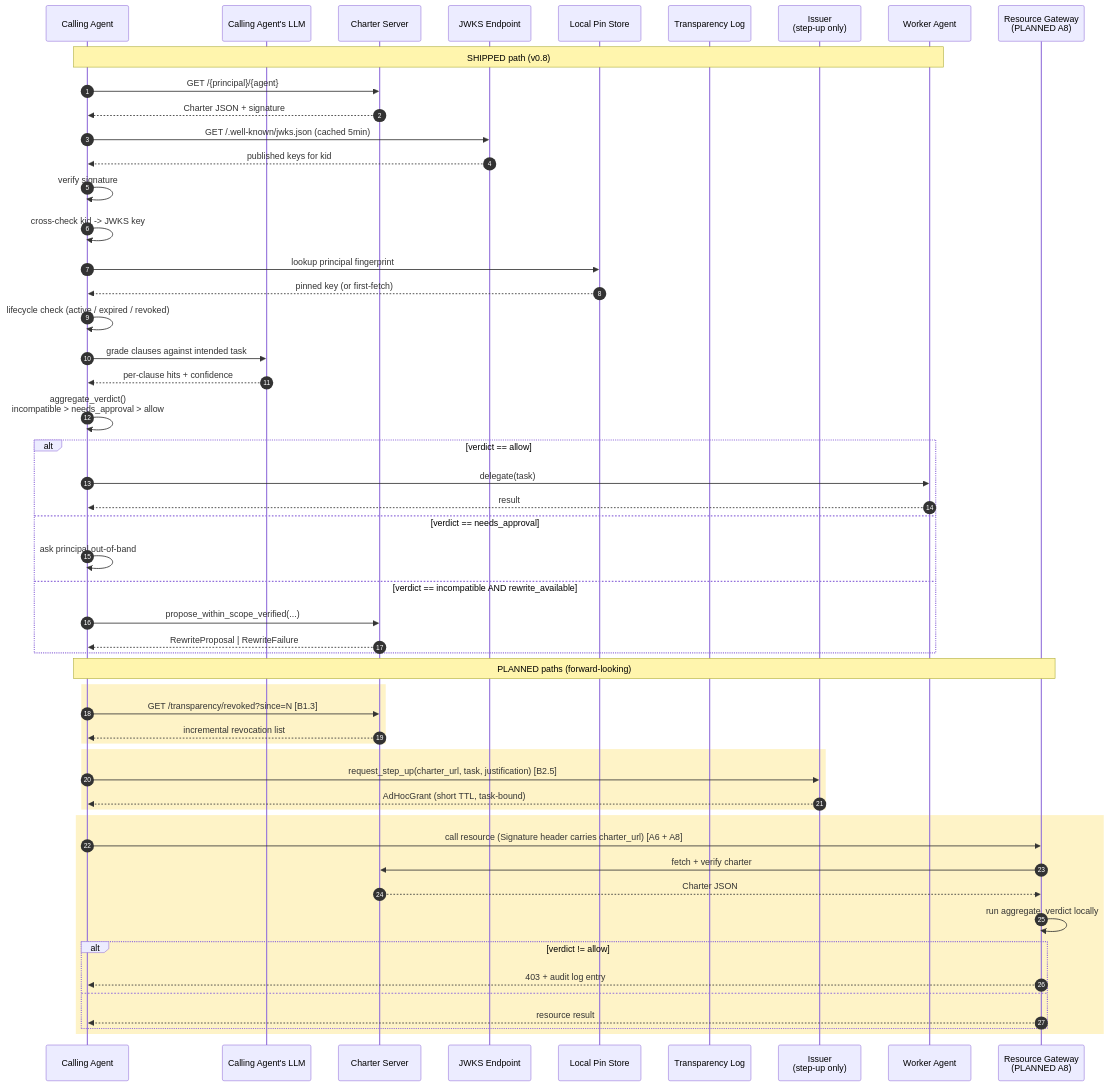
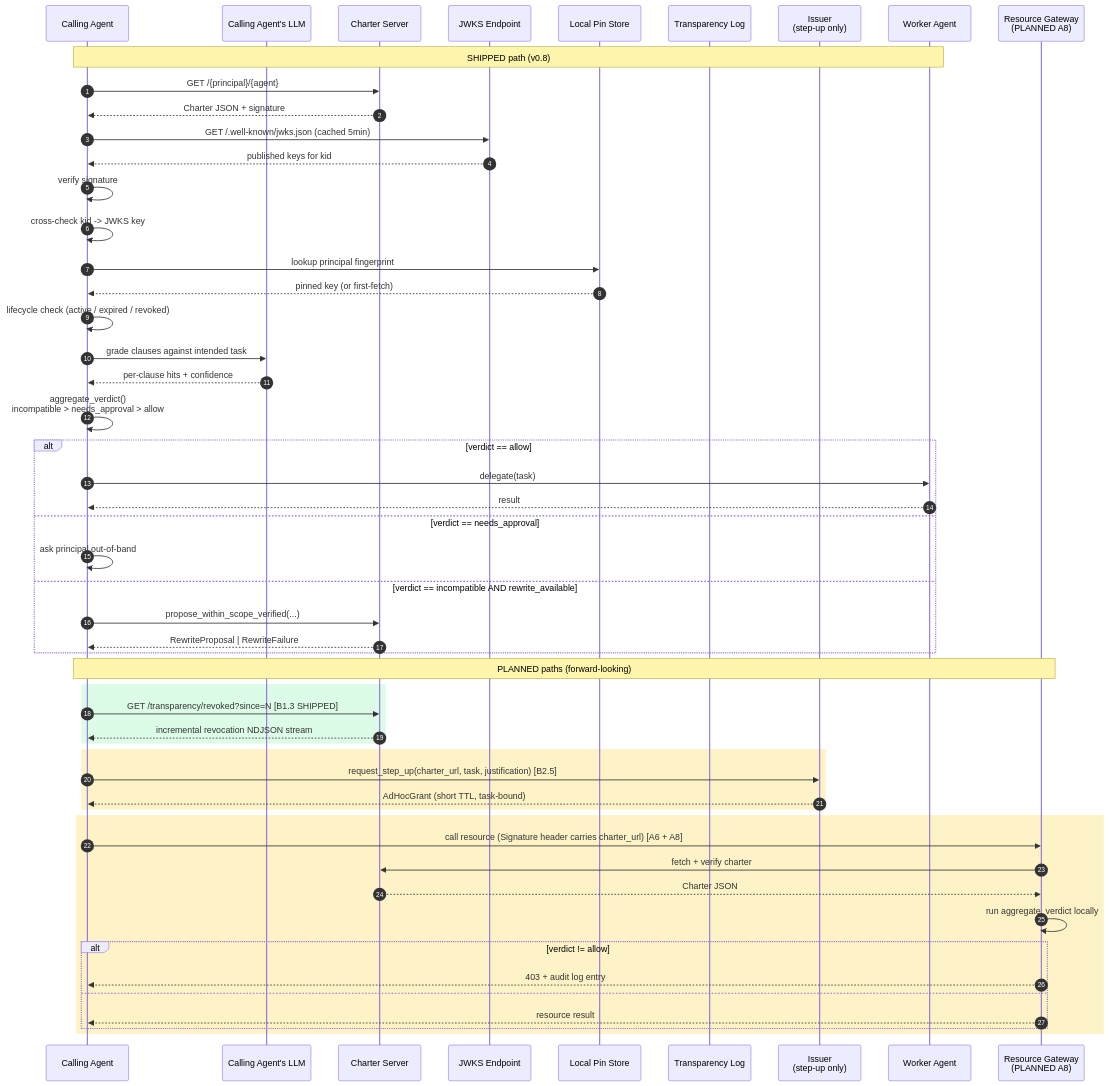
The third of 6 diagrams in docs/architecture.md (hnaymyh123-henry/charter), drawn with Mermaid before and after one commit. The commit also changed other lines of this file and 4 other files, not shown here.

````diff
--- a/docs/architecture.md
+++ b/docs/architecture.md
@@ -211,63 +211,63 @@
 ```mermaid
 sequenceDiagram
     autonumber
     participant CA as Calling Agent
     participant LLM as Calling Agent's LLM
     participant SRV as Charter Server
     participant JWKS as JWKS Endpoint
     participant PIN as Local Pin Store
     participant TLOG as Transparency Log
     participant ISS as Issuer<br/>(step-up only)
     participant WA as Worker Agent
     participant RG as Resource Gateway<br/>(PLANNED A8)
 
     Note over CA,WA: SHIPPED path (v0.8)
 
     CA->>SRV: GET /{principal}/{agent}
     SRV-->>CA: Charter JSON + signature
     CA->>JWKS: GET /.well-known/jwks.json (cached 5min)
     JWKS-->>CA: published keys for kid
     CA->>CA: verify signature
     CA->>CA: cross-check kid -> JWKS key
     CA->>PIN: lookup principal fingerprint
     PIN-->>CA: pinned key (or first-fetch)
     CA->>CA: lifecycle check (active / expired / revoked)
 
     CA->>LLM: grade clauses against intended task
     LLM-->>CA: per-clause hits + confidence
     CA->>CA: aggregate_verdict()<br/>incompatible > needs_approval > allow
 
     alt verdict == allow
         CA->>WA: delegate(task)
         WA-->>CA: result
     else verdict == needs_approval
         CA->>CA: ask principal out-of-band
     else verdict == incompatible AND rewrite_available
         CA->>SRV: propose_within_scope_verified(...)
         SRV-->>CA: RewriteProposal | RewriteFailure
     end
 
     Note over CA,RG: PLANNED paths (forward-looking)
 
-    rect rgb(254, 243, 199)
-        CA->>SRV: GET /transparency/revoked?since=N  [B1.3]
-        SRV-->>CA: incremental revocation list
+    rect rgb(220, 252, 231)
+        CA->>SRV: GET /transparency/revoked?since=N  [B1.3 SHIPPED]
+        SRV-->>CA: incremental revocation NDJSON stream
     end
 
     rect rgb(254, 243, 199)
         CA->>ISS: request_step_up(charter_url, task, justification)  [B2.5]
         ISS-->>CA: AdHocGrant (short TTL, task-bound)
     end
 
     rect rgb(254, 243, 199)
         CA->>RG: call resource (Signature header carries charter_url)  [A6 + A8]
         RG->>SRV: fetch + verify charter
         SRV-->>RG: Charter JSON
         RG->>RG: run aggregate_verdict locally
         alt verdict != allow
             RG-->>CA: 403 + audit log entry
         else
             RG-->>CA: resource result
         end
     end
 ```
````
